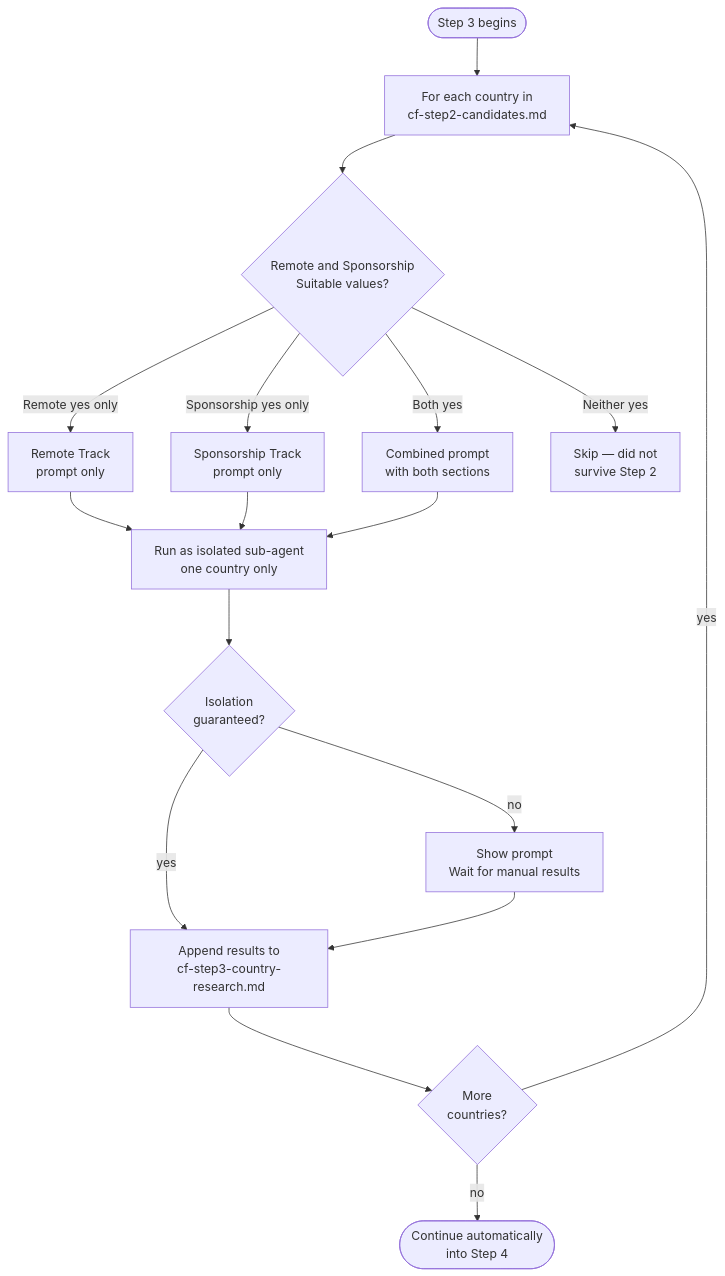
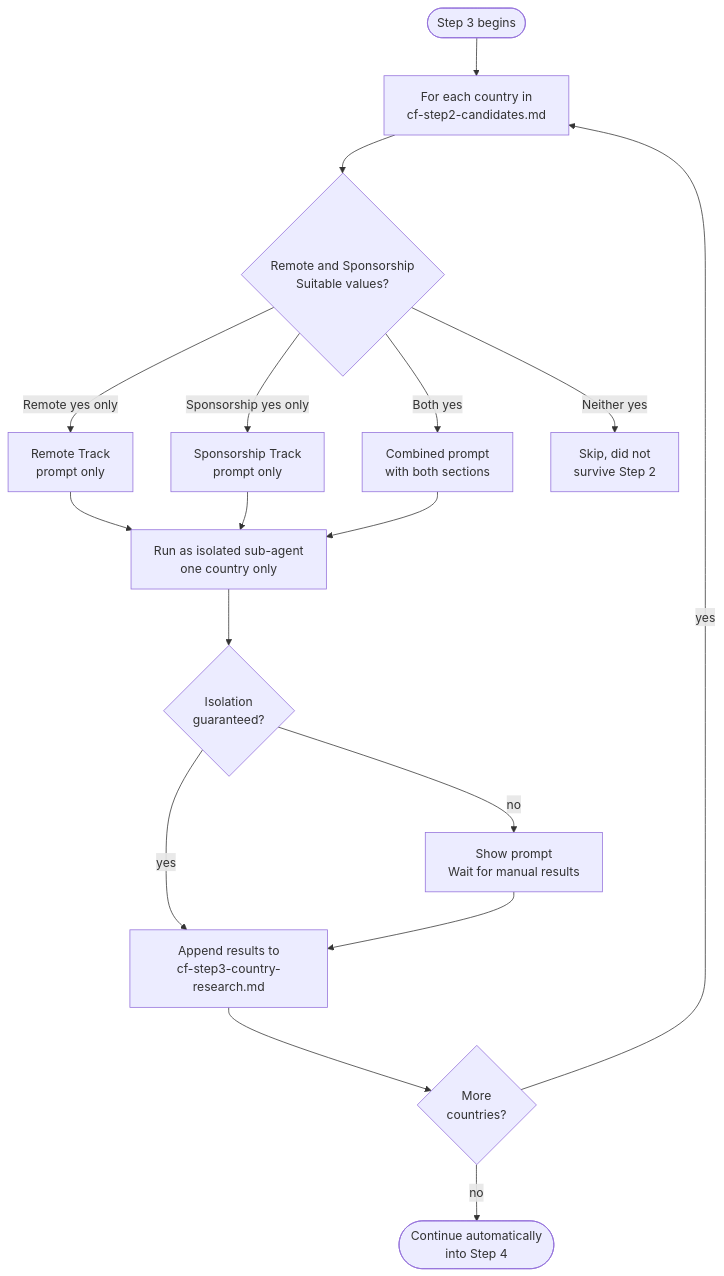
Before and after one commit to myowinthein/agent-compass: the diagram in docs/commands/country-finder/step3-research-prompt-generator.md, drawn with Mermaid. The commit also changed other lines of this file and 19 other files, not shown here.

````diff
--- a/docs/commands/country-finder/step3-research-prompt-generator.md
+++ b/docs/commands/country-finder/step3-research-prompt-generator.md
@@ -14,19 +14,19 @@
 ```mermaid
 flowchart TD
   Start([Step 3 begins]) --> ForEach[For each country in\ncf-step2-candidates.md]
   ForEach --> TrackCheck{Remote and Sponsorship\nSuitable values?}
   TrackCheck -->|Remote yes only| RemoteP[Remote Track\nprompt only]
   TrackCheck -->|Sponsorship yes only| SponP[Sponsorship Track\nprompt only]
   TrackCheck -->|Both yes| Combined[Combined prompt\nwith both sections]
-  TrackCheck -->|Neither yes| SkipCountry[Skip — did not\nsurvive Step 2]
+  TrackCheck -->|Neither yes| SkipCountry[Skip, did not\nsurvive Step 2]
   RemoteP --> RunAgent[Run as isolated sub-agent\none country only]
   SponP --> RunAgent
   Combined --> RunAgent
   RunAgent --> Isolate{Isolation\nguaranteed?}
   Isolate -->|yes| Append[Append results to\ncf-step3-country-research.md]
   Isolate -->|no| Manual[Show prompt\nWait for manual results]
   Manual --> Append
   Append --> More{More\ncountries?}
   More -->|yes| ForEach
   More -->|no| Done([Continue automatically\ninto Step 4])
 ```
````
